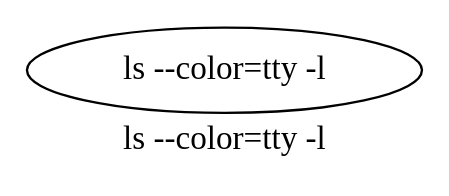
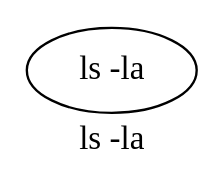
One commit to YeGoRenji/minishell-1337 changed the diagram in tree.dot. Above: the diagram before and after it, drawn with Graphviz. The commit also changed 4 other files, not shown here.

```diff
--- a/tree.dot
+++ b/tree.dot
@@ -1,4 +1,4 @@
 digraph yep {
-	label="ls --color=tty -l"
-	n0[label="ls --color=tty -l "];
+	label="ls -la"
+	n0[label="ls -la "];
 }
```
